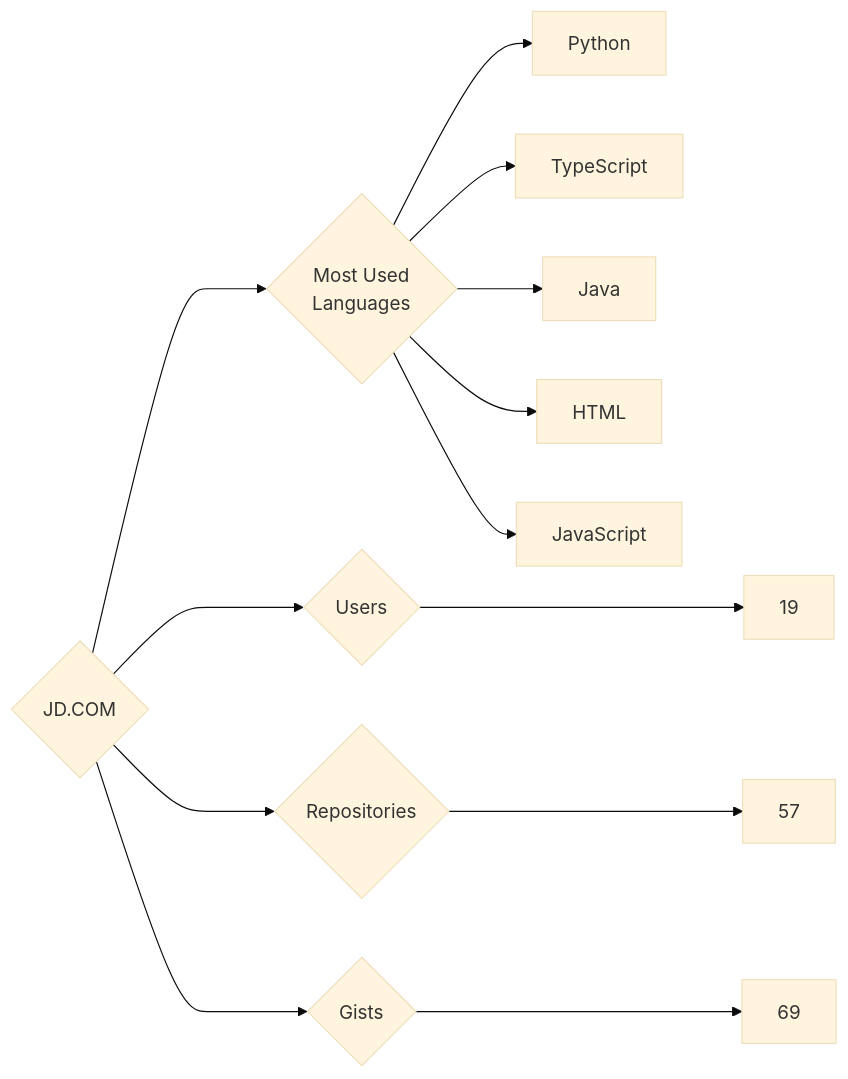
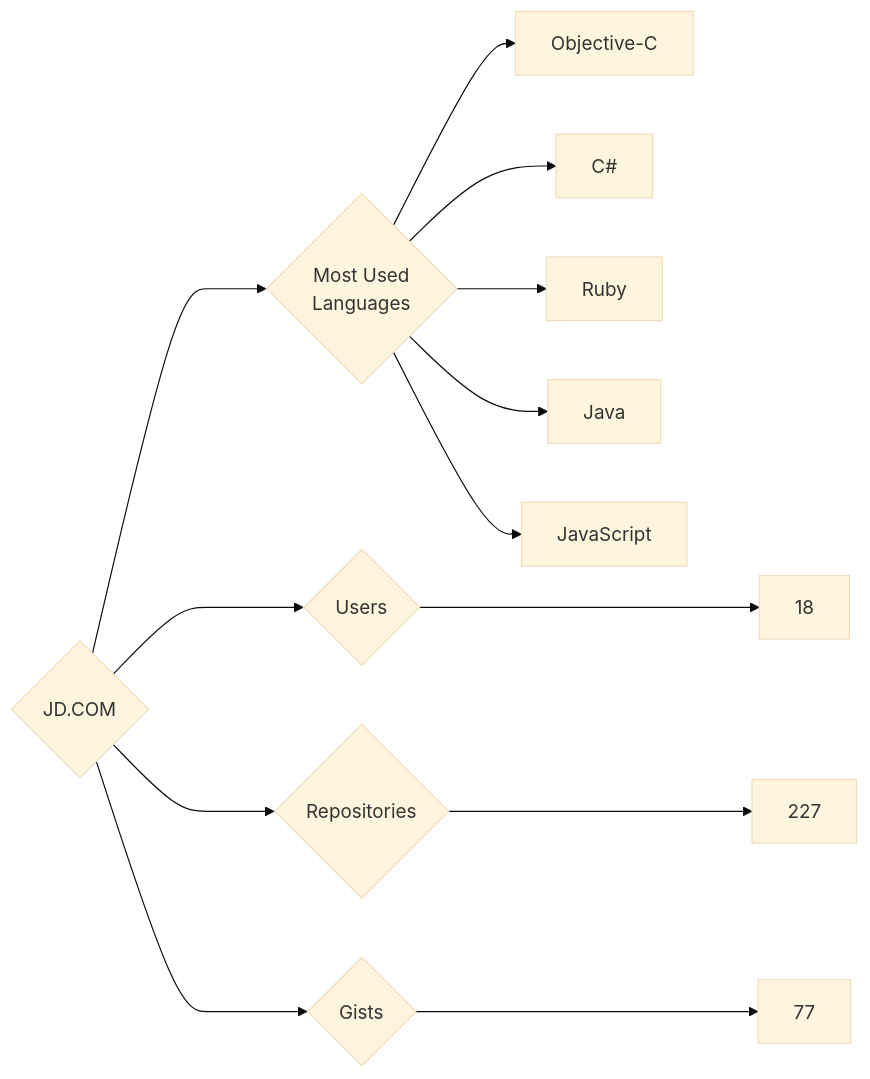
The diagram in targets/JD.COM/README.md (trickest/insiders), drawn with Mermaid (base theme) before and after one commit. The commit also changed 948 other files, not shown here.

````diff
--- a/targets/JD.COM/README.md
+++ b/targets/JD.COM/README.md
@@ -3,13 +3,13 @@
 ```mermaid
 graph LR
 COMPANY_NAME{JD.COM}
-COMPANY_NAME ---> U{Users} ---> UN[19]
-COMPANY_NAME ---> R{Repositories} ---> RN[57]
-COMPANY_NAME ---> G{Gists} ---> GN[69]
+COMPANY_NAME ---> U{Users} ---> UN[18]
+COMPANY_NAME ---> R{Repositories} ---> RN[227]
+COMPANY_NAME ---> G{Gists} ---> GN[77]
 COMPANY_NAME ---> ML{Most Used<br>Languages}
-ML --> Python[Python]
-ML --> TypeScript[TypeScript]
+ML --> Objective-C[Objective-C]
+ML --> C#[C#]
+ML --> Ruby[Ruby]
 ML --> Java[Java]
-ML --> HTML[HTML]
 ML --> JavaScript[JavaScript]
 ```
````
